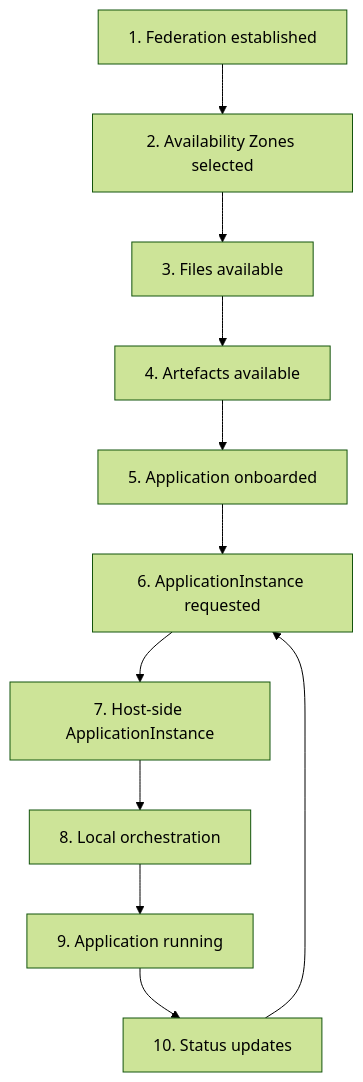
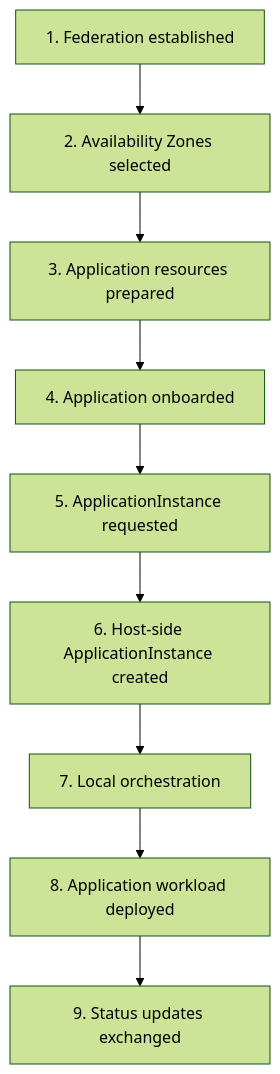
Diagram 14 of 14 in docs/federation.md (neonephos-katalis/opg-ewbi-documentation), drawn with Mermaid (forest theme) before and after one commit. The commit also changed other lines of this file and 6 other files, not shown here.

````diff
--- a/docs/federation.md
+++ b/docs/federation.md
@@ -410,25 +498,21 @@
-```mermaid id="0obq5u"
+```mermaid
 flowchart TD
-
     F["1. Federation established"]
     AZ["2. Availability Zones selected"]
-    FILE["3. Files available"]
-    ART["4. Artefacts available"]
-    APP["5. Application onboarded"]
-    INST["6. ApplicationInstance requested"]
-    HOST["7. Host-side ApplicationInstance"]
-    ORCH["8. Local orchestration"]
-    WORK["9. Application running"]
-    STATUS["10. Status updates"]
+    R["3. Application resources prepared"]
+    A["4. Application onboarded"]
+    D["5. ApplicationInstance requested"]
+    H["6. Host-side ApplicationInstance created"]
+    O["7. Local orchestration"]
+    W["8. Application workload deployed"]
+    S["9. Status updates exchanged"]
 
     F --> AZ
-    AZ --> FILE
-    FILE --> ART
-    ART --> APP
-    APP --> INST
-    INST --> HOST
-    HOST --> ORCH
-    ORCH --> WORK
-    WORK --> STATUS
-    STATUS --> INST
+    AZ --> R
+    R --> A
+    A --> D
+    D --> H
+    H --> O
+    O --> W
+    W --> S
 ```
````
